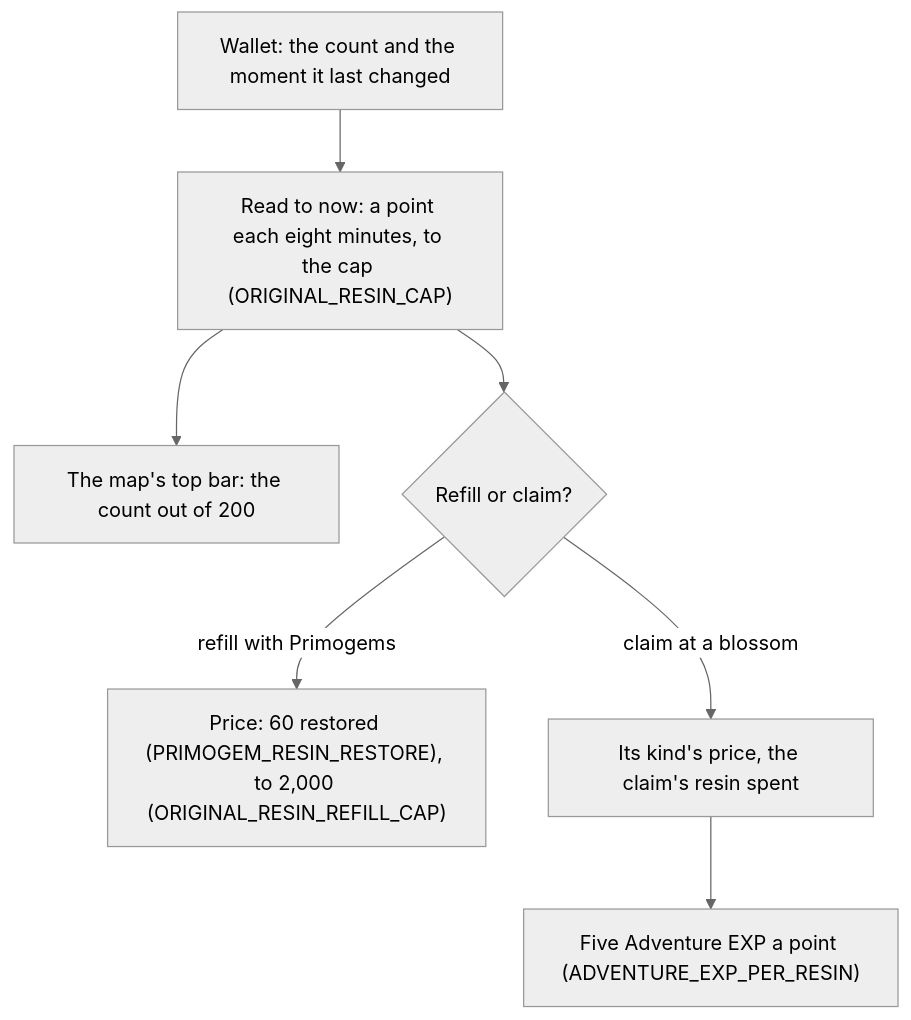
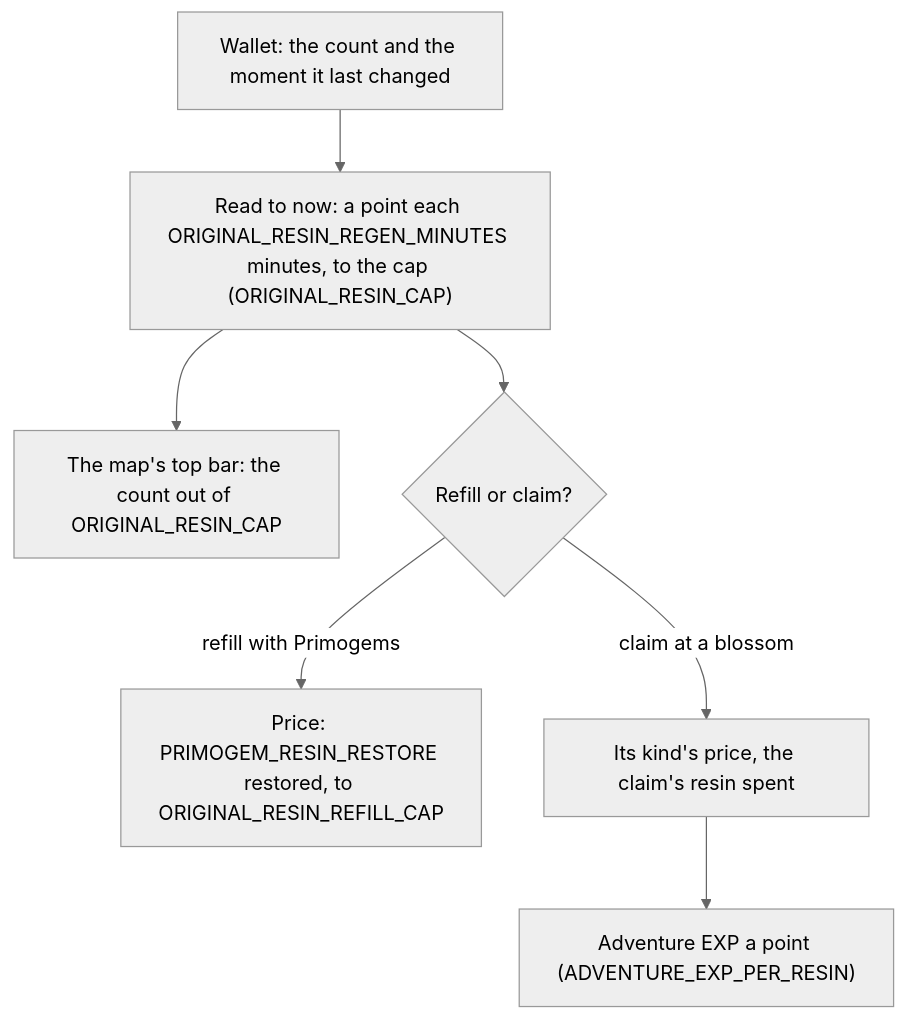
Before and after one commit to Esposter/Esposter: the diagram in openspec/specs/genshin/original-resin/design.md, drawn with Mermaid (neutral theme). The commit also changed other lines of this file and 7 other files, not shown here.

````diff
--- a/openspec/specs/genshin/original-resin/design.md
+++ b/openspec/specs/genshin/original-resin/design.md
@@ -9,9 +9,9 @@
 ```mermaid
 flowchart TD
-  W["Wallet: the count and the moment it last changed"] --> R["Read to now: a point each eight minutes, to the cap (ORIGINAL_RESIN_CAP)"]
-  R --> M["The map's top bar: the count out of 200"]
+  W["Wallet: the count and the moment it last changed"] --> R["Read to now: a point each ORIGINAL_RESIN_REGEN_MINUTES minutes, to the cap (ORIGINAL_RESIN_CAP)"]
+  R --> M["The map's top bar: the count out of ORIGINAL_RESIN_CAP"]
   R --> F{"Refill or claim?"}
-  F -->|"refill with Primogems"| P["Price: 60 restored (PRIMOGEM_RESIN_RESTORE), to 2,000 (ORIGINAL_RESIN_REFILL_CAP)"]
+  F -->|"refill with Primogems"| P["Price: PRIMOGEM_RESIN_RESTORE restored, to ORIGINAL_RESIN_REFILL_CAP"]
   F -->|"claim at a blossom"| C["Its kind's price, the claim's resin spent"]
-  C --> X["Five Adventure EXP a point (ADVENTURE_EXP_PER_RESIN)"]
+  C --> X["Adventure EXP a point (ADVENTURE_EXP_PER_RESIN)"]
 ```
````
